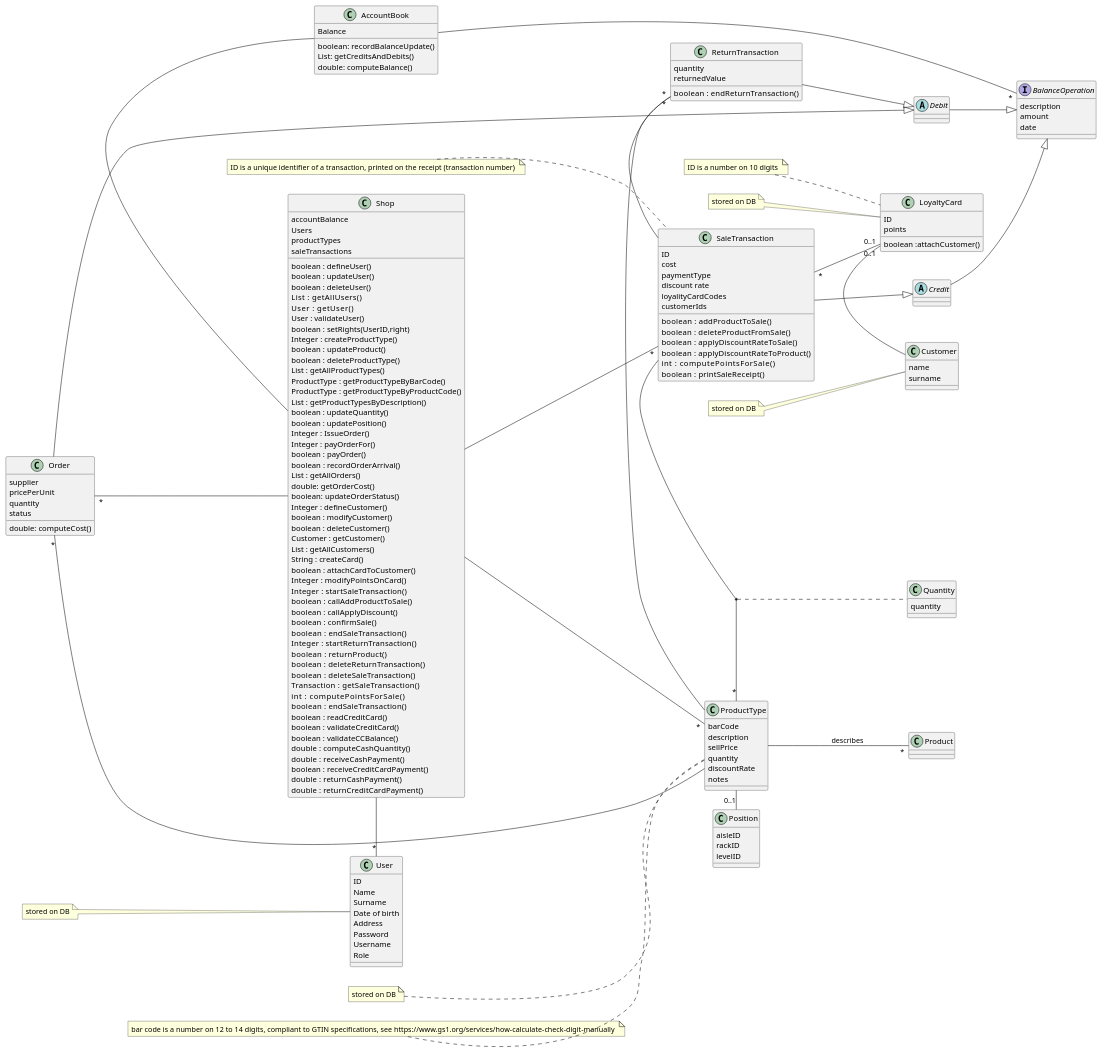
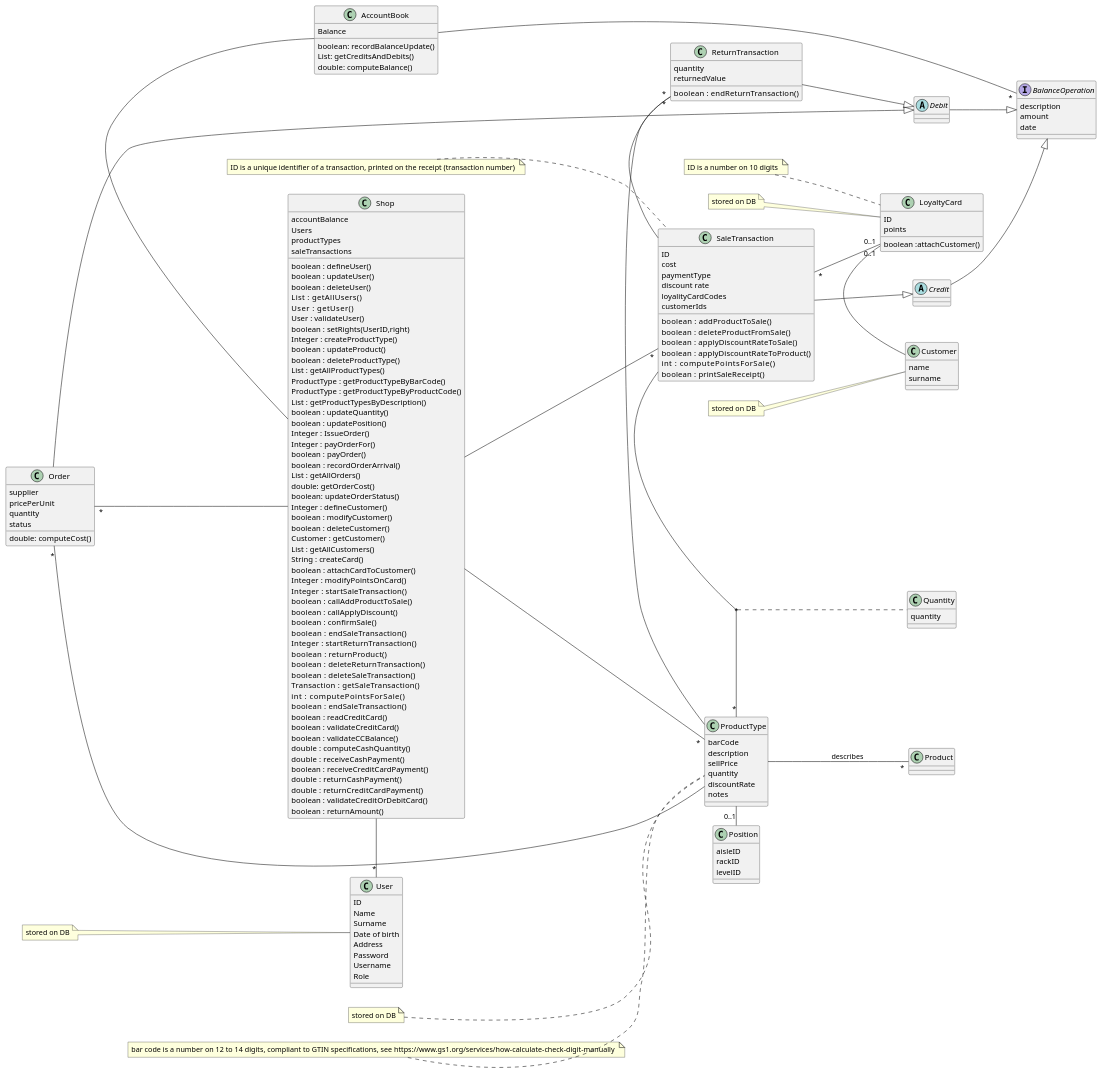
One commit to zitabou/EZShop changed the second of 32 diagrams in Deliverables/DesignDocument.md. Above: the diagram before and after it, drawn with PlantUML. The commit also changed other lines of this file, not shown here.

Commit message:
insert missing functions from sequence diagrams

```diff
--- a/Deliverables/DesignDocument.md
+++ b/Deliverables/DesignDocument.md
@@ -102,7 +102,8 @@
     boolean : receiveCreditCardPayment()
     double  : returnCashPayment()
     double  : returnCreditCardPayment()
-
+    boolean : validateCreditOrDebitCard()
+    boolean : returnAmount()
 }
 class User{
     ID
```
